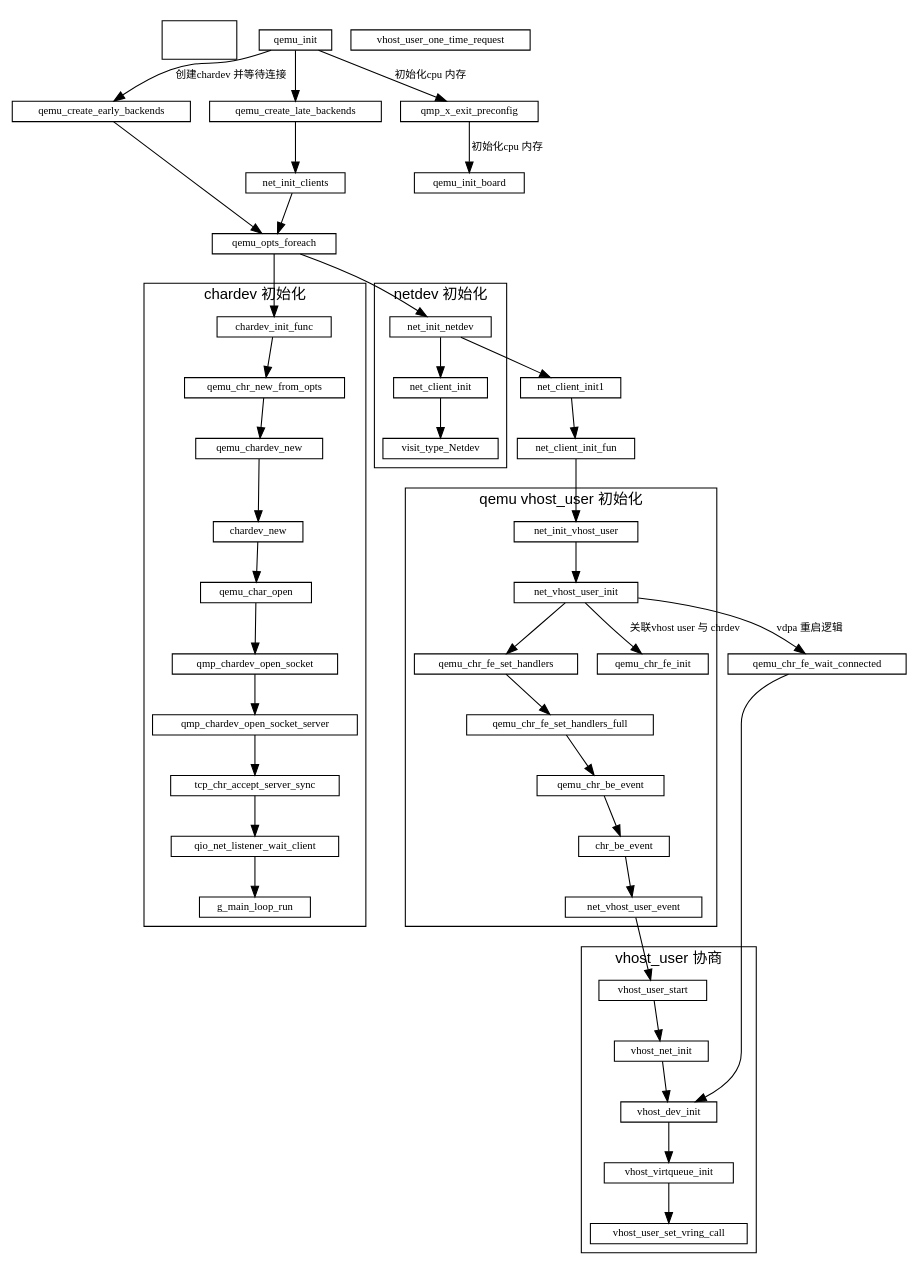
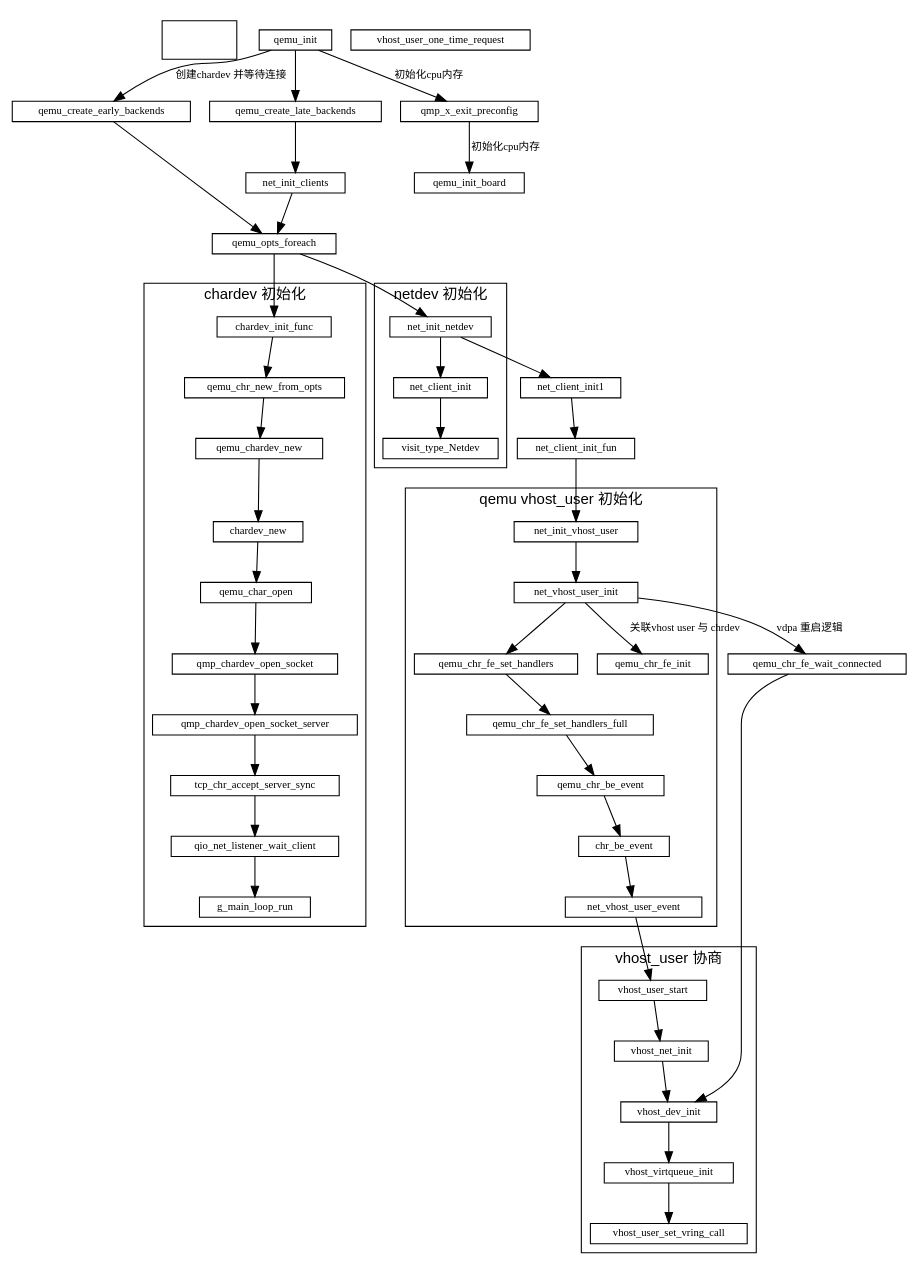
The diagram in qemu/qemu初始化.md (sisyphus1212/note), drawn with Graphviz before and after one commit.

Commit message:
auto_update

```diff
--- a/qemu/qemu初始化.md
+++ b/qemu/qemu初始化.md
@@ -86,7 +86,7 @@
                              -> vhost_user_set_vring_call
     }
 
-    qemu_init -> qmp_x_exit_preconfig -> qemu_init_board[label="初始化cpu 内存"]
+    qemu_init -> qmp_x_exit_preconfig -> qemu_init_board[label="初始化cpu内存"]
 
     vhost_dev_init
 
```
